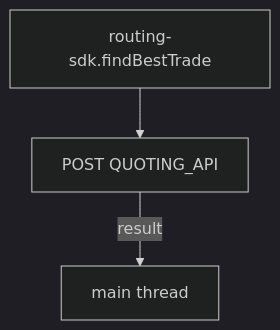
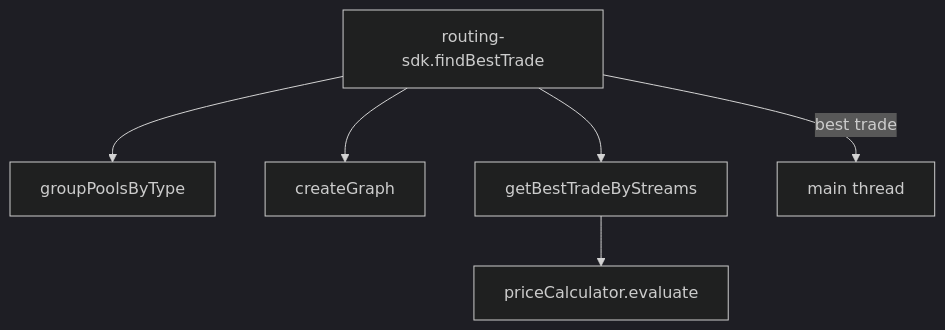
The fourth of 6 diagrams in apps/web/src/quoter/viz.md (chef-ryan/pancake-frontend), drawn with Mermaid (dark theme) before and after one commit. The commit also changed other lines of this file, not shown here.

````diff
--- a/apps/web/src/quoter/viz.md
+++ b/apps/web/src/quoter/viz.md
@@ -138,6 +157,9 @@
 ```mermaid
 flowchart TD
     RS[routing-sdk.findBestTrade]
-    RS --> QA["POST QUOTING_API"]
-    QA -->|result| MAIN[main thread]
+    RS --> GP[groupPoolsByType]
+    RS --> CG[createGraph]
+    RS --> ST[getBestTradeByStreams]
+    ST --> PC[priceCalculator.evaluate]
+    RS -->|best trade| MAIN[main thread]
 ```
````
